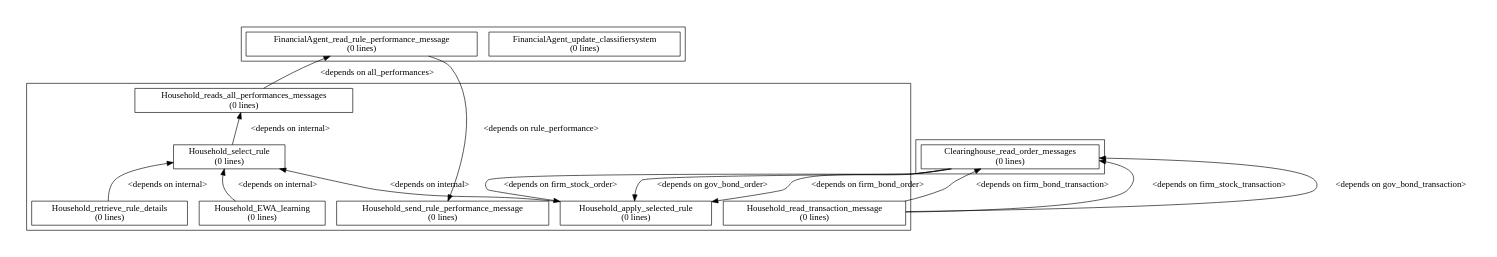
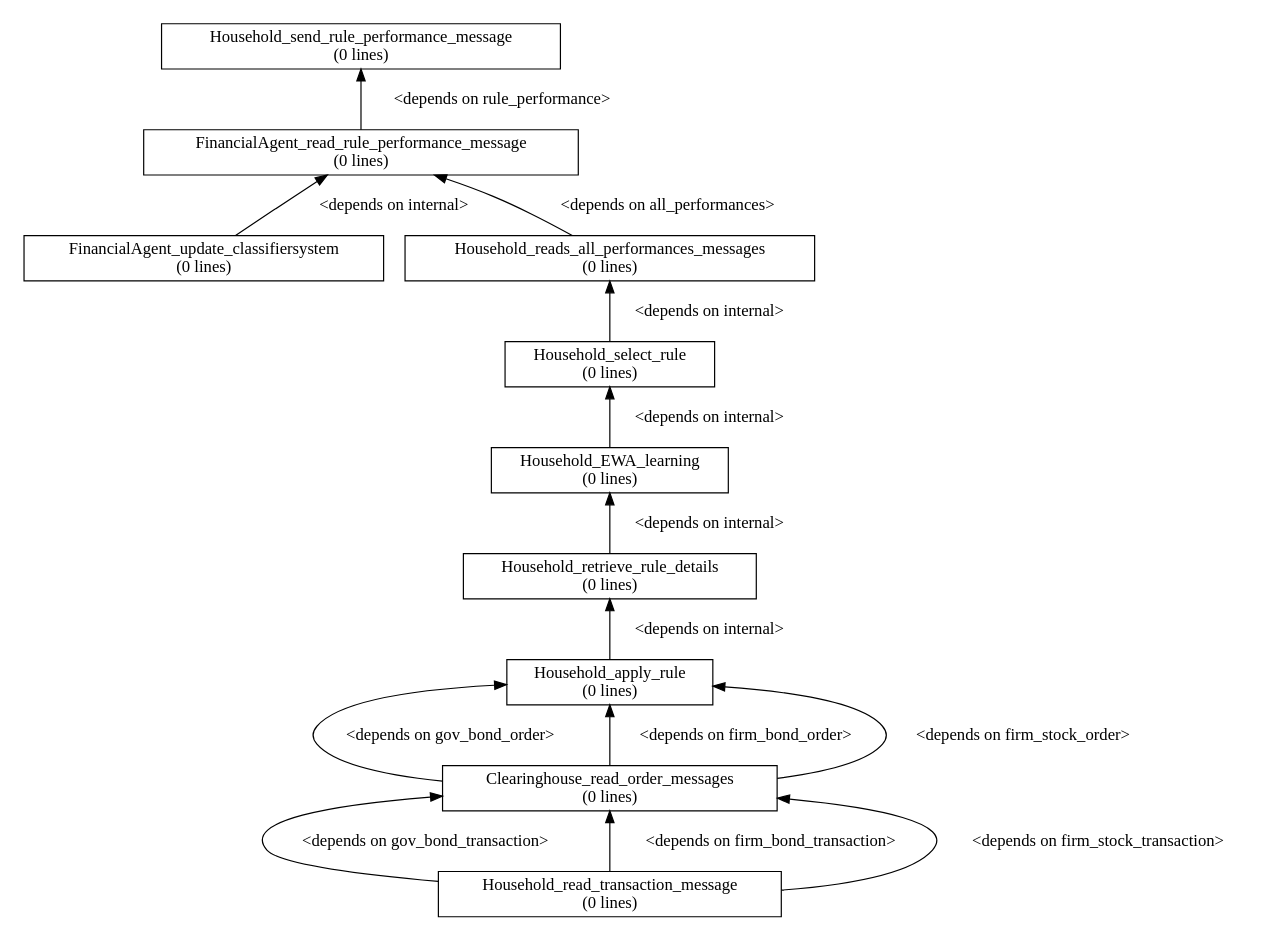
One commit to ETACE/EURACE changed the diagram in models/AFM/afm_branches/initial/portfolio_selection_ewa/dgraph.dot. Above: the diagram before and after it, drawn with Graphviz. The commit also changed 6 other files, not shown here.

```diff
--- a/models/AFM/afm_branches/initial/portfolio_selection_ewa/dgraph.dot
+++ b/models/AFM/afm_branches/initial/portfolio_selection_ewa/dgraph.dot
@@ -1,47 +1,32 @@
 digraph dependency_graph {
 	rankdir=BT;
 	size="8,5;"
 	node [shape = rect];
 	
 	/* Functions */
-	
-	subgraph cluster_FA
-	{
 	FinancialAgent_update_classifiersystem[height = 0.000000, label = "FinancialAgent_update_classifiersystem\n(0 lines)"]
 	FinancialAgent_read_rule_performance_message[height = 0.000000, label = "FinancialAgent_read_rule_performance_message\n(0 lines)"]
-	
-	}
-	
-	subgraph cluster_HH
-	{
+	Clearinghouse_read_order_messages[height = 0.000000, label = "Clearinghouse_read_order_messages\n(0 lines)"]
 	Household_read_transaction_message[height = 0.000000, label = "Household_read_transaction_message\n(0 lines)"]
-	Household_apply_selected_rule[height = 0.000000, label = "Household_apply_selected_rule\n(0 lines)"]
+	Household_apply_rule[height = 0.000000, label = "Household_apply_rule\n(0 lines)"]
 	Household_retrieve_rule_details[height = 0.000000, label = "Household_retrieve_rule_details\n(0 lines)"]
 	Household_EWA_learning[height = 0.000000, label = "Household_EWA_learning\n(0 lines)"]
 	Household_select_rule[height = 0.000000, label = "Household_select_rule\n(0 lines)"]
 	Household_reads_all_performances_messages[height = 0.000000, label = "Household_reads_all_performances_messages\n(0 lines)"]
 	Household_send_rule_performance_message[height = 0.000000, label = "Household_send_rule_performance_message\n(0 lines)"]
 	
-	}
-	
-	subgraph cluster_CH
-	{
-	Clearinghouse_read_order_messages[height = 0.000000, label = "Clearinghouse_read_order_messages\n(0 lines)"]
-	
-	}
-	
-	
 	/* Dependencies */
+	FinancialAgent_update_classifiersystem -> FinancialAgent_read_rule_performance_message [ label = "<depends on internal>" ];
 	FinancialAgent_read_rule_performance_message -> Household_send_rule_performance_message [ label = "<depends on rule_performance>" ];
-	Clearinghouse_read_order_messages -> Household_apply_selected_rule [ label = "<depends on gov_bond_order>" ];
-	Clearinghouse_read_order_messages -> Household_apply_selected_rule [ label = "<depends on firm_bond_order>" ];
-	Clearinghouse_read_order_messages -> Household_apply_selected_rule [ label = "<depends on firm_stock_order>" ];
+	Clearinghouse_read_order_messages -> Household_apply_rule [ label = "<depends on gov_bond_order>" ];
+	Clearinghouse_read_order_messages -> Household_apply_rule [ label = "<depends on firm_bond_order>" ];
+	Clearinghouse_read_order_messages -> Household_apply_rule [ label = "<depends on firm_stock_order>" ];
 	Household_read_transaction_message -> Clearinghouse_read_order_messages [ label = "<depends on gov_bond_transaction>" ];
 	Household_read_transaction_message -> Clearinghouse_read_order_messages [ label = "<depends on firm_bond_transaction>" ];
 	Household_read_transaction_message -> Clearinghouse_read_order_messages [ label = "<depends on firm_stock_transaction>" ];
-	Household_apply_selected_rule -> Household_select_rule [ label = "<depends on internal>" ];
-	Household_retrieve_rule_details -> Household_select_rule [ label = "<depends on internal>" ];
+	Household_apply_rule -> Household_retrieve_rule_details [ label = "<depends on internal>" ];
+	Household_retrieve_rule_details -> Household_EWA_learning [ label = "<depends on internal>" ];
 	Household_EWA_learning -> Household_select_rule [ label = "<depends on internal>" ];
 	Household_select_rule -> Household_reads_all_performances_messages [ label = "<depends on internal>" ];
 	Household_reads_all_performances_messages -> FinancialAgent_read_rule_performance_message [ label = "<depends on all_performances>" ];
 }
```
